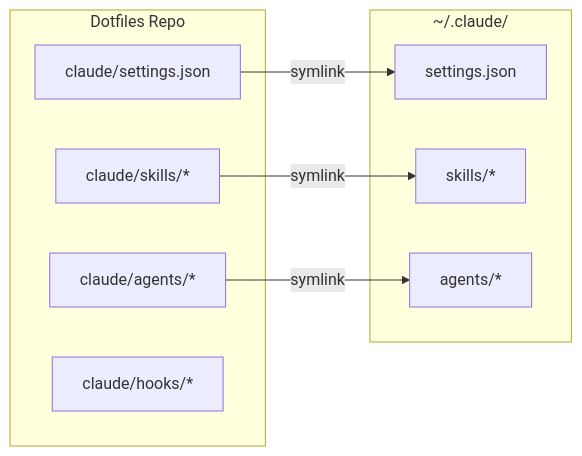
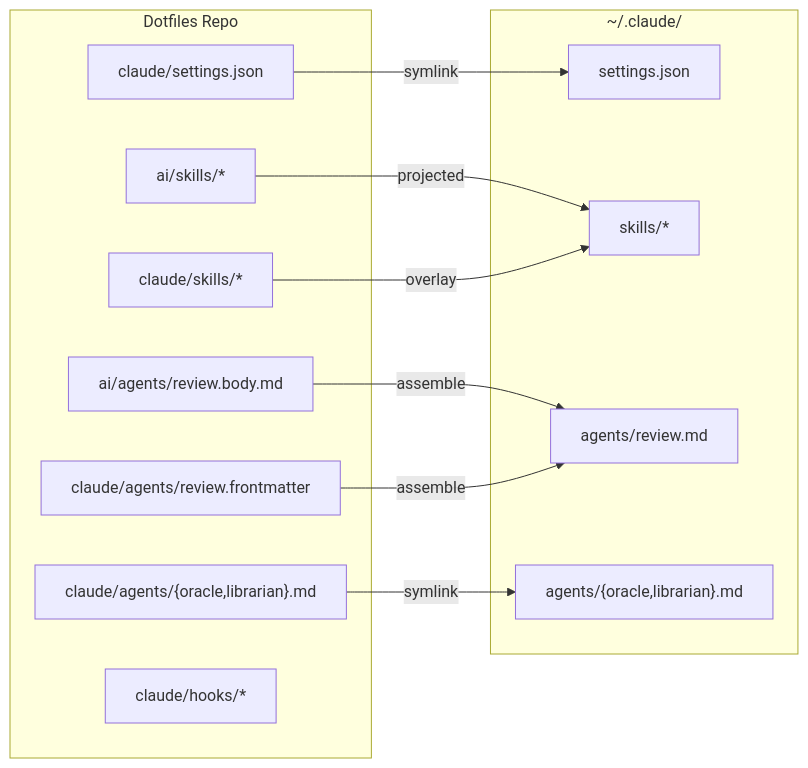
Before and after one commit to mukealicious/dotfiles: the diagram in claude/README.md, drawn with Mermaid. The commit also changed other lines of this file and 24 other files, not shown here.

````diff
--- a/claude/README.md
+++ b/claude/README.md
@@ -9,19 +9,26 @@
 ```mermaid
 graph LR
     subgraph "Dotfiles Repo"
         settings["claude/settings.json"]
-        skills_src["claude/skills/*"]
-        agents_src["claude/agents/*"]
+        shared_skills["ai/skills/*"]
+        claude_skills["claude/skills/*"]
+        review_body["ai/agents/review.body.md"]
+        review_meta["claude/agents/review.frontmatter"]
+        legacy_agents["claude/agents/{oracle,librarian}.md"]
         hooks_src["claude/hooks/*"]
     end
 
     subgraph "~/.claude/"
         settings_dst["settings.json"]
         skills_dst["skills/*"]
-        agents_dst["agents/*"]
+        review_dst["agents/review.md"]
+        legacy_agents_dst["agents/{oracle,librarian}.md"]
     end
 
     settings -->|symlink| settings_dst
-    skills_src -->|symlink| skills_dst
-    agents_src -->|symlink| agents_dst
+    shared_skills -->|projected| skills_dst
+    claude_skills -->|overlay| skills_dst
+    review_body -->|assemble| review_dst
+    review_meta -->|assemble| review_dst
+    legacy_agents -->|symlink| legacy_agents_dst
 ```
````
